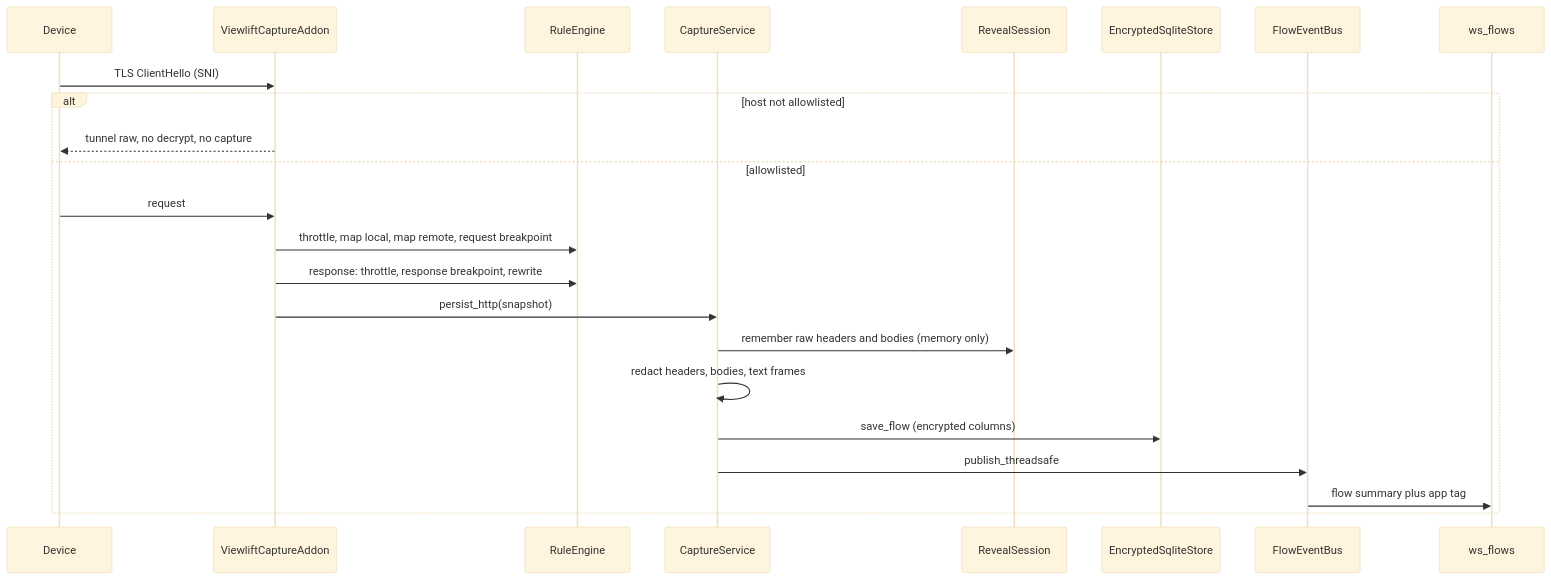
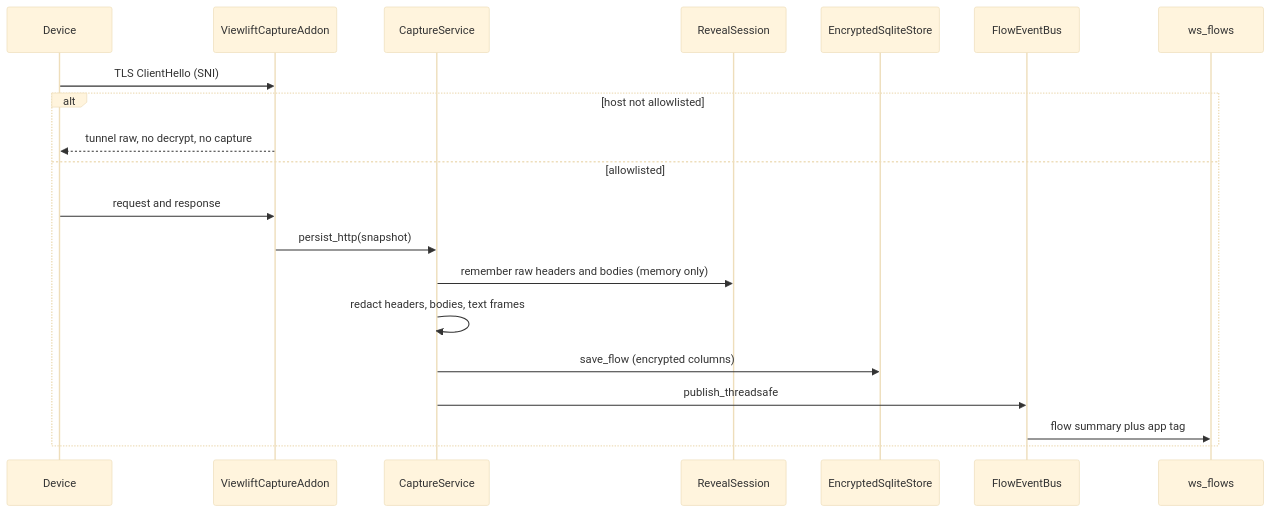
The first of 4 diagrams in docs/data-flows.md (rakesh-vl/viewlift-ai), drawn with Mermaid (base theme) before and after one commit. The commit also changed other lines of this file and 100 other files, not shown here.

Commit message:
fixes for graphql

````diff
--- a/docs/data-flows.md
+++ b/docs/data-flows.md
@@ -7,26 +7,23 @@
 ```mermaid
 sequenceDiagram
     participant Dev as Device
     participant Addon as ViewliftCaptureAddon
-    participant Rules as RuleEngine
     participant Cap as CaptureService
     participant Rev as RevealSession
     participant Store as EncryptedSqliteStore
     participant Bus as FlowEventBus
     participant WS as ws_flows
 
     Dev->>Addon: TLS ClientHello (SNI)
     alt host not allowlisted
         Addon-->>Dev: tunnel raw, no decrypt, no capture
     else allowlisted
-        Dev->>Addon: request
-        Addon->>Rules: throttle, map local, map remote, request breakpoint
-        Addon->>Rules: response: throttle, response breakpoint, rewrite
+        Dev->>Addon: request and response
         Addon->>Cap: persist_http(snapshot)
         Cap->>Rev: remember raw headers and bodies (memory only)
         Cap->>Cap: redact headers, bodies, text frames
         Cap->>Store: save_flow (encrypted columns)
         Cap->>Bus: publish_threadsafe
         Bus->>WS: flow summary plus app tag
     end
 ```
````
